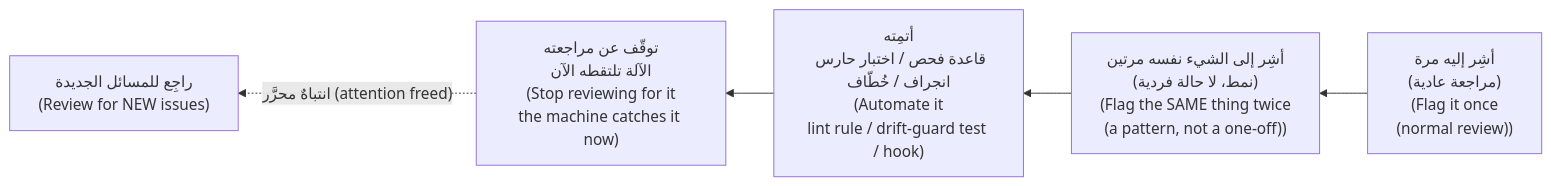
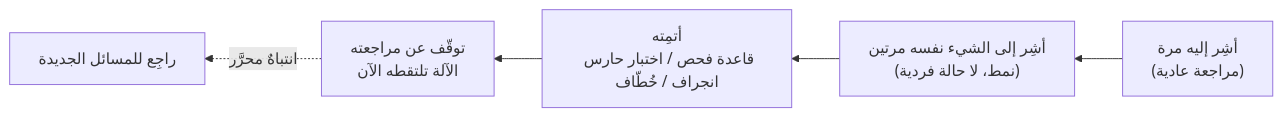
Before and after one commit to Tamoura/system-design-for-vibe-coders: the third of 8 diagrams in modules/09-directing-ai-team/module.ar.md, drawn with Mermaid. The commit also changed other lines of this file and 551 other files, not shown here.

````diff
--- a/modules/09-directing-ai-team/module.ar.md
+++ b/modules/09-directing-ai-team/module.ar.md
@@ -230,7 +230,7 @@
 ```mermaid
 flowchart RL
-    F1["أشِر إليه مرة<br/>(مراجعة عادية)<br/>(Flag it once<br/>(normal review))"] --> F2["أشِر إلى الشيء نفسه مرتين<br/>(نمط، لا حالة فردية)<br/>(Flag the SAME thing twice<br/>(a pattern, not a one-off))"]
-    F2 --> A["أتمِته<br/>قاعدة فحص / اختبار حارس انجراف / خُطّاف<br/>(Automate it<br/>lint rule / drift-guard test / hook)"]
-    A --> S["توقّف عن مراجعته<br/>الآلة تلتقطه الآن<br/>(Stop reviewing for it<br/>the machine catches it now)"]
-    S -.->|"انتباهٌ محرَّر (attention freed)"| N["راجِع للمسائل الجديدة<br/>(Review for NEW issues)"]
+    F1["أشِر إليه مرة<br/>(مراجعة عادية)"] --> F2["أشِر إلى الشيء نفسه مرتين<br/>(نمط، لا حالة فردية)"]
+    F2 --> A["أتمِته<br/>قاعدة فحص / اختبار حارس انجراف / خُطّاف"]
+    A --> S["توقّف عن مراجعته<br/>الآلة تلتقطه الآن"]
+    S -.->|"انتباهٌ محرَّر"| N["راجِع للمسائل الجديدة"]
 ```
````
